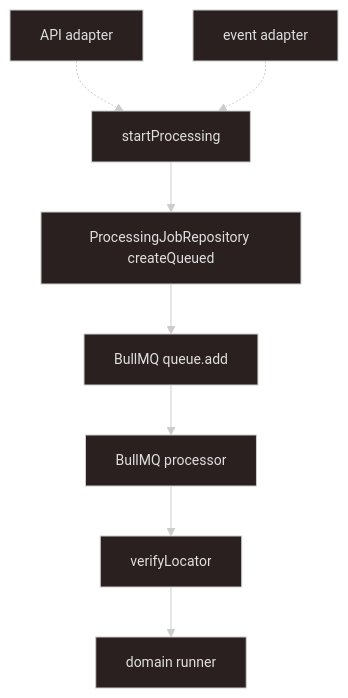
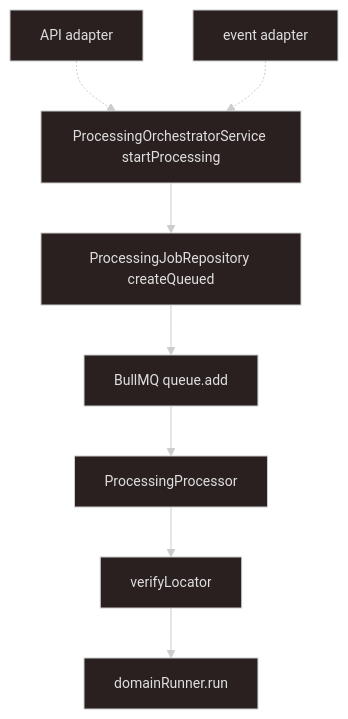
Before and after one commit to kyung-lee-official/turborepo-sandbox: the diagram in .cursor/skills/async-processing/SKILL.md, drawn with Mermaid. The commit also changed other lines of this file, not shown here.

First line of the commit message:
wip: update async-processing skill documentation with accurate component names and flow

````diff
--- a/.cursor/skills/async-processing/SKILL.md
+++ b/.cursor/skills/async-processing/SKILL.md
@@ -25,23 +25,23 @@
 ```mermaid
 ---
 config:
   theme: neo-dark
 ---
 flowchart TD
   apiAdp["API adapter"]
   eventAdp["event adapter"]
-  start["startProcessing"]
+  orch["ProcessingOrchestratorService startProcessing"]
   persist["ProcessingJobRepository createQueued"]
   enqueue["BullMQ queue.add"]
-  worker["BullMQ processor"]
+  worker["ProcessingProcessor"]
   verify["verifyLocator"]
-  domain["domain runner"]
+  domain["domainRunner.run"]
 
-  apiAdp -.-> start
-  eventAdp -.-> start
-  start --> persist
+  apiAdp -.-> orch
+  eventAdp -.-> orch
+  orch --> persist
   persist --> enqueue
   enqueue --> worker
   worker --> verify
   verify --> domain
 ```
````
